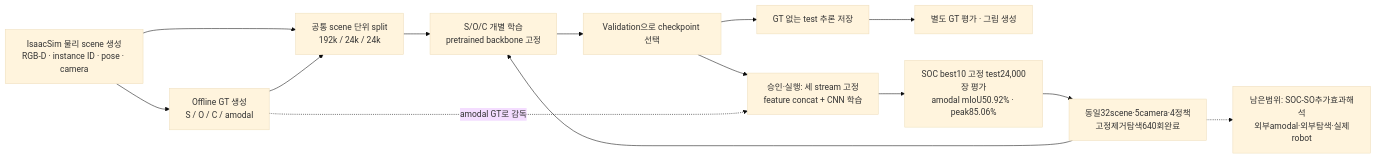
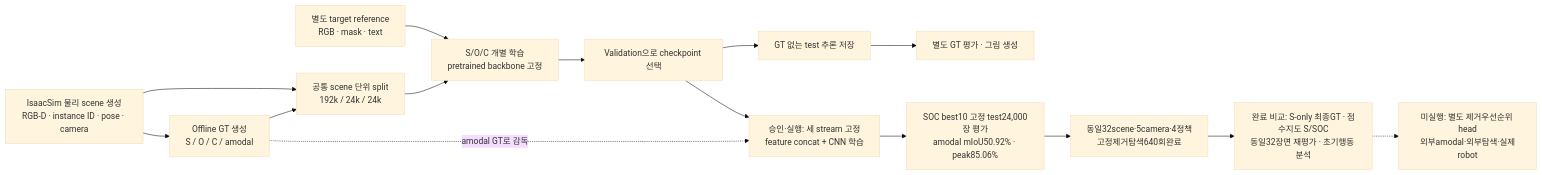
Before and after one commit to JeonHaneul/2D-PDM_DINOv3: the diagram in framework_guide.md, drawn with Mermaid (base theme). The commit also changed other lines of this file and 25 other files, not shown here.

````diff
--- a/framework_guide.md
+++ b/framework_guide.md
@@ -44,16 +64,17 @@
 ```mermaid
 flowchart LR
     A["IsaacSim 물리 scene 생성<br/>RGB-D · instance ID · pose · camera"] --> G["Offline GT 생성<br/>S / O / C / amodal"]
     A --> I["공통 scene 단위 split<br/>192k / 24k / 24k"]
     G --> I
     R["별도 target reference<br/>RGB · mask · text"] --> T["S/O/C 개별 학습<br/>pretrained backbone 고정"]
     I --> T
     T --> V["Validation으로 checkpoint 선택"]
     V --> P["GT 없는 test 추론 저장"]
     P --> E["별도 GT 평가 · 그림 생성"]
     V --> F["승인·실행: 세 stream 고정<br/>feature concat + CNN 학습"]
     G -.->|"amodal GT로 감독"| F
     F --> Q["SOC best10 고정 test24,000장 평가<br/>amodal mIoU50.92% · peak85.06%"]
-    Q --> R["동일32scene·5camera·4정책<br/>고정제거탐색640회완료"]
-    R -.-> Z["남은범위: SOC-SO추가효과해석<br/>외부amodal·외부탐색·실제robot"]
+    Q --> SEARCH["동일32scene·5camera·4정책<br/>고정제거탐색640회완료"]
+    SEARCH --> C["완료 비교: S-only 최종GT · 점수지도 S/SOC<br/>동일32장면 재평가 · 초기행동 분석"]
+    C -.-> Z["미실행: 별도 제거우선순위 head<br/>외부amodal·외부탐색·실제robot"]
 ```
````
